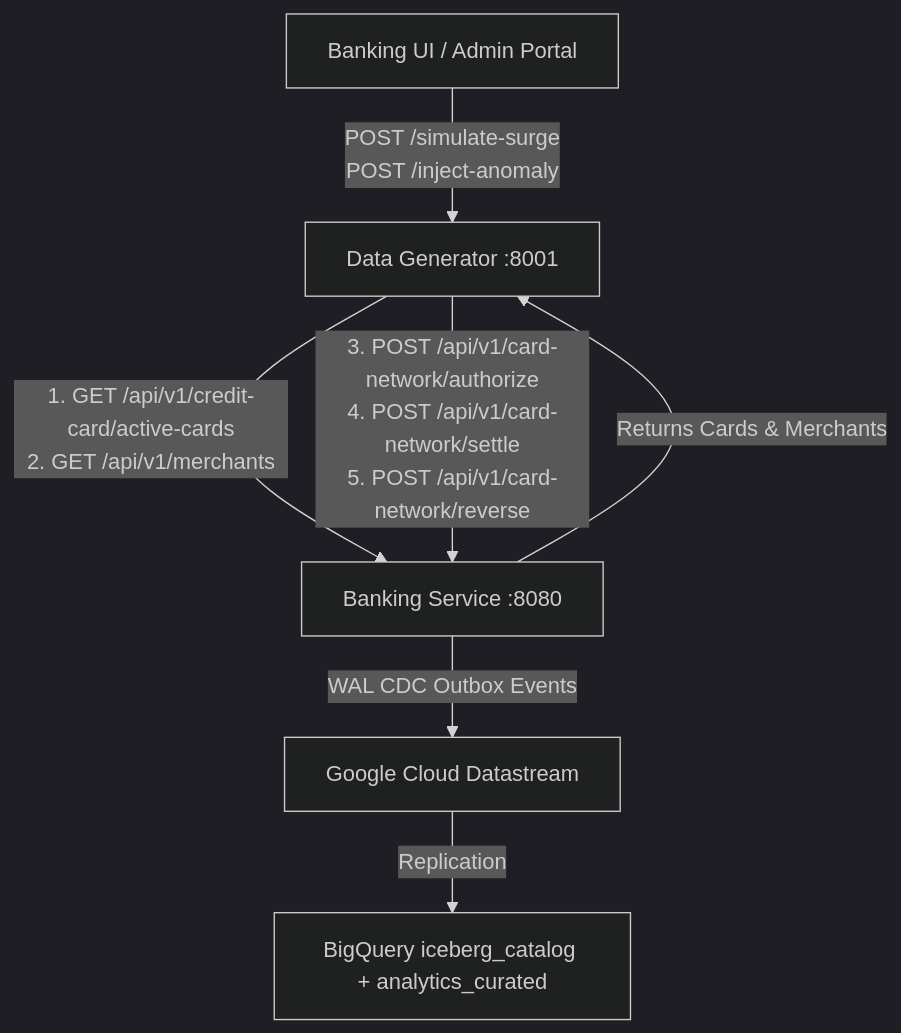
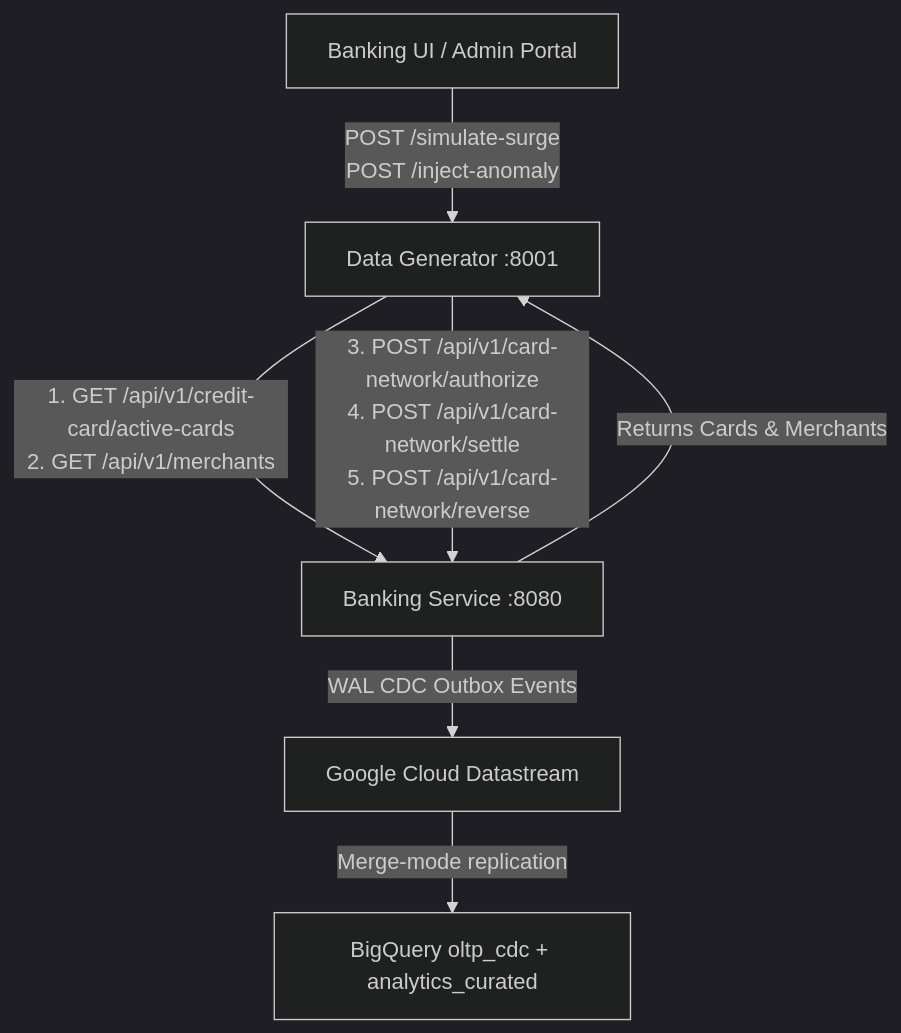
Before and after one commit to GoogleCloudPlatform/fsi-gecx-bundle: the diagram in data-generator/README.md, drawn with Mermaid (dark theme). The commit also changed other lines of this file and 29 other files, not shown here.

````diff
--- a/data-generator/README.md
+++ b/data-generator/README.md
@@ -13,9 +13,9 @@
 ```mermaid
 graph TD
     UI[Banking UI / Admin Portal] -->|POST /simulate-surge<br/>POST /inject-anomaly| DG[Data Generator :8001]
     DG -->|1. GET /api/v1/credit-card/active-cards<br/>2. GET /api/v1/merchants| BS[Banking Service :8080]
     BS -->|Returns Cards & Merchants| DG
     DG -->|3. POST /api/v1/card-network/authorize<br/>4. POST /api/v1/card-network/settle<br/>5. POST /api/v1/card-network/reverse| BS
     BS -->|WAL CDC Outbox Events| DS[Google Cloud Datastream]
-    DS -->|Replication| BQ[BigQuery iceberg_catalog + analytics_curated]
+    DS -->|Merge-mode replication| BQ[BigQuery oltp_cdc + analytics_curated]
 ```
````
